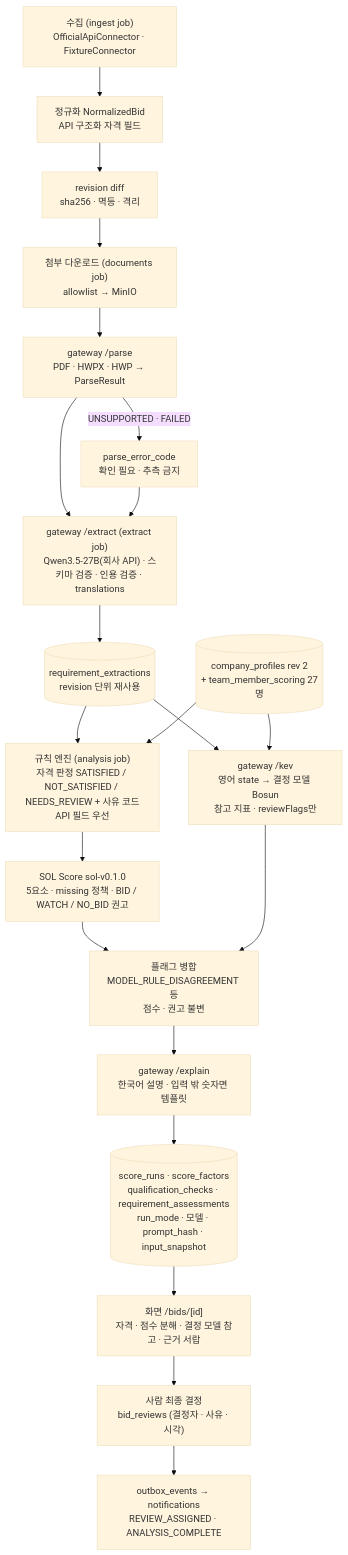
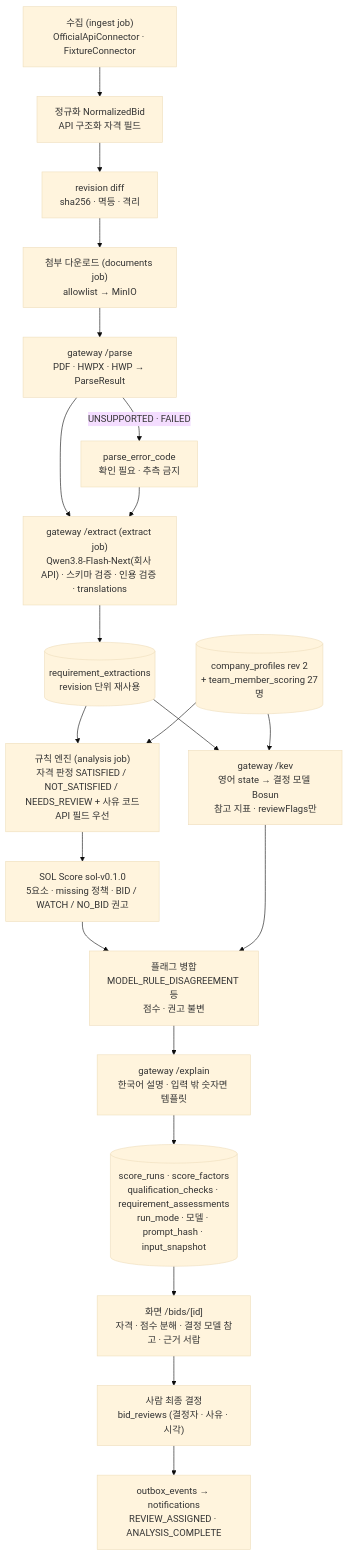
One commit to solideoai/sol-radar changed the second of 2 diagrams in docs/submission/architecture.md. Above: the diagram before and after it, drawn with Mermaid (base theme). The commit also changed other lines of this file and 5 other files, not shown here.

First line of the commit message:
docs: 제출물 Qwen3.8-Flash-Next 표기 반영

````diff
--- a/docs/submission/architecture.md
+++ b/docs/submission/architecture.md
@@ -58,23 +58,23 @@
 ```mermaid
 flowchart TD
  A["수집 (ingest job)<br/>OfficialApiConnector · FixtureConnector"] --> N["정규화 NormalizedBid<br/>API 구조화 자격 필드"]
  N --> R1["revision diff<br/>sha256 · 멱등 · 격리"]
  R1 --> D["첨부 다운로드 (documents job)<br/>allowlist → MinIO"]
  D --> P["gateway /parse<br/>PDF · HWPX · HWP → ParseResult"]
  P -->|UNSUPPORTED · FAILED| PE["parse_error_code<br/>확인 필요 · 추측 금지"]
- P --> E["gateway /extract (extract job)<br/>Qwen3.5-27B(회사 API) · 스키마 검증 · 인용 검증 · translations"]
+ P --> E["gateway /extract (extract job)<br/>Qwen3.8-Flash-Next(회사 API) · 스키마 검증 · 인용 검증 · translations"]
  PE --> E
  E --> X[("requirement_extractions<br/>revision 단위 재사용")]
  X --> RE["규칙 엔진 (analysis job)<br/>자격 판정 SATISFIED / NOT_SATISFIED / NEEDS_REVIEW + 사유 코드<br/>API 필드 우선"]
  CP[("company_profiles rev 2<br/>+ team_member_scoring 27명")] --> RE
  RE --> S["SOL Score sol-v0.1.0<br/>5요소 · missing 정책 · BID / WATCH / NO_BID 권고"]
  X --> K["gateway /kev<br/>영어 state → 결정 모델 Bosun<br/>참고 지표 · reviewFlags만"]
  CP --> K
  S --> F["플래그 병합<br/>MODEL_RULE_DISAGREEMENT 등<br/>점수 · 권고 불변"]
  K --> F
  F --> EX["gateway /explain<br/>한국어 설명 · 입력 밖 숫자면 템플릿"]
  EX --> Z[("score_runs · score_factors<br/>qualification_checks · requirement_assessments<br/>run_mode · 모델 · prompt_hash · input_snapshot")]
  Z --> UI["화면 /bids/[id]<br/>자격 · 점수 분해 · 결정 모델 참고 · 근거 서랍"]
  UI --> H["사람 최종 결정<br/>bid_reviews (결정자 · 사유 · 시각)"]
  H --> O["outbox_events → notifications<br/>REVIEW_ASSIGNED · ANALYSIS_COMPLETE"]
 ```
````
